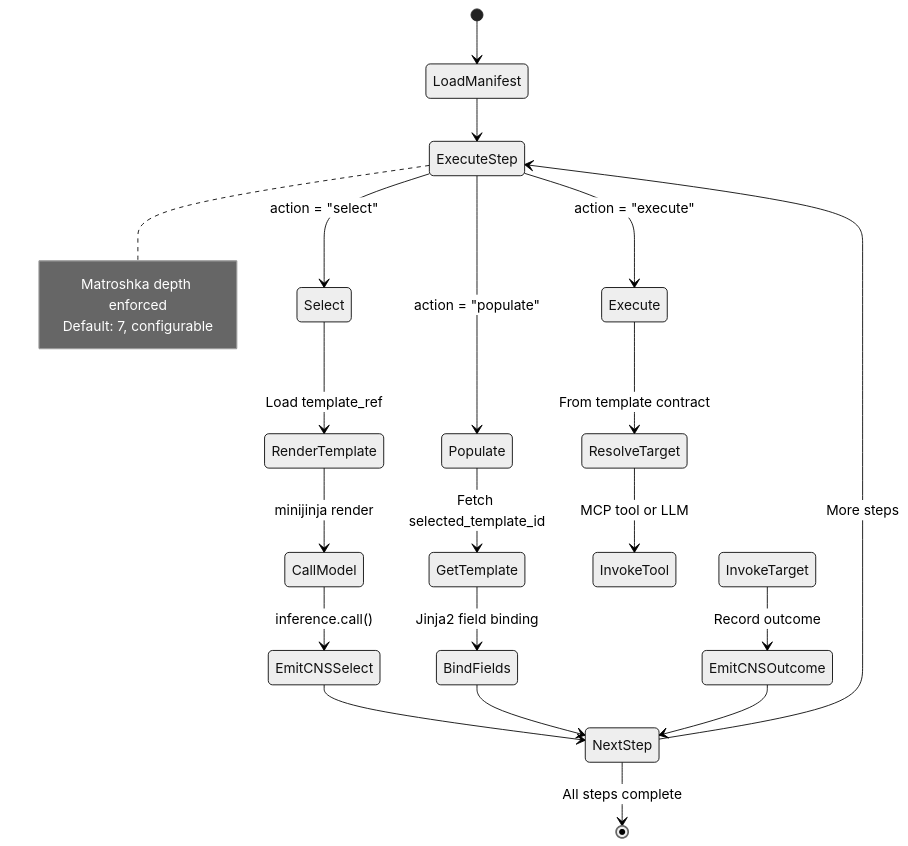
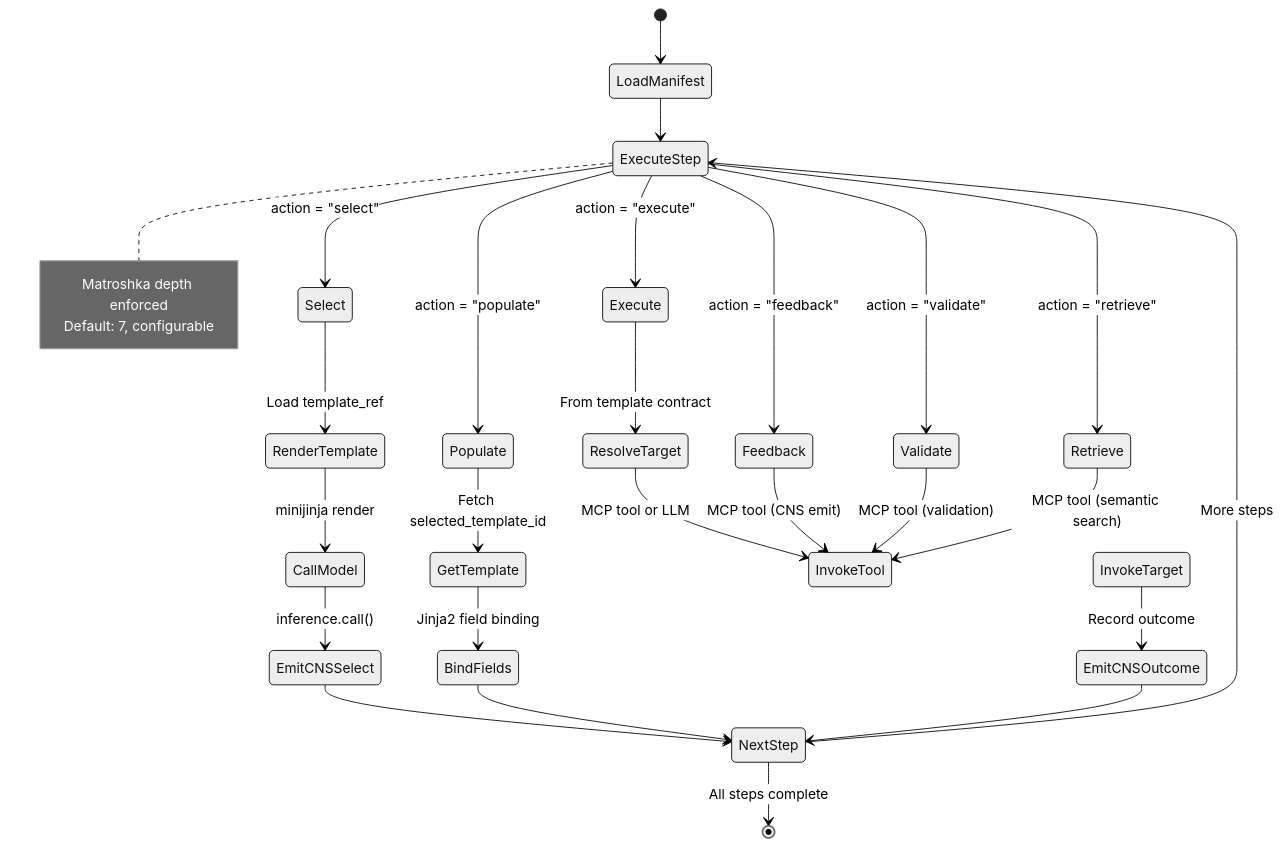
One commit to mdz-axo/hKask changed the fourth of 6 diagrams in docs/architecture/reference/hKask-erd.md. Above: the diagram before and after it, drawn with Mermaid (neutral theme). The commit also changed other lines of this file and 33 other files, not shown here.

````diff
--- a/docs/architecture/reference/hKask-erd.md
+++ b/docs/architecture/reference/hKask-erd.md
@@ -237,30 +239,37 @@
 ```mermaid
 stateDiagram-v2
     [*] --> LoadManifest
     LoadManifest --> ExecuteStep
     ExecuteStep --> Select: action = "select"
     ExecuteStep --> Populate: action = "populate"
     ExecuteStep --> Execute: action = "execute"
-    
+    ExecuteStep --> Feedback: action = "feedback"
+    ExecuteStep --> Validate: action = "validate"
+    ExecuteStep --> Retrieve: action = "retrieve"
+
     Select --> RenderTemplate: Load template_ref
     RenderTemplate --> CallModel: minijinja render
     CallModel --> EmitCNSSelect: inference.call()
     EmitCNSSelect --> NextStep
-    
+
     Populate --> GetTemplate: Fetch selected_template_id
     GetTemplate --> BindFields: Jinja2 field binding
     BindFields --> NextStep
-    
+
     Execute --> ResolveTarget: From template contract
     ResolveTarget --> InvokeTool: MCP tool or LLM
     InvokeTarget --> EmitCNSOutcome: Record outcome
     EmitCNSOutcome --> NextStep
-    
+
+    Feedback --> InvokeTool: MCP tool (CNS emit)
+    Validate --> InvokeTool: MCP tool (validation)
+    Retrieve --> InvokeTool: MCP tool (semantic search)
+
     NextStep --> ExecuteStep: More steps
     NextStep --> [*]: All steps complete
-    
+
     note right of ExecuteStep
         Matroshka depth enforced
         Default: 7, configurable
     end note
 ```
````
